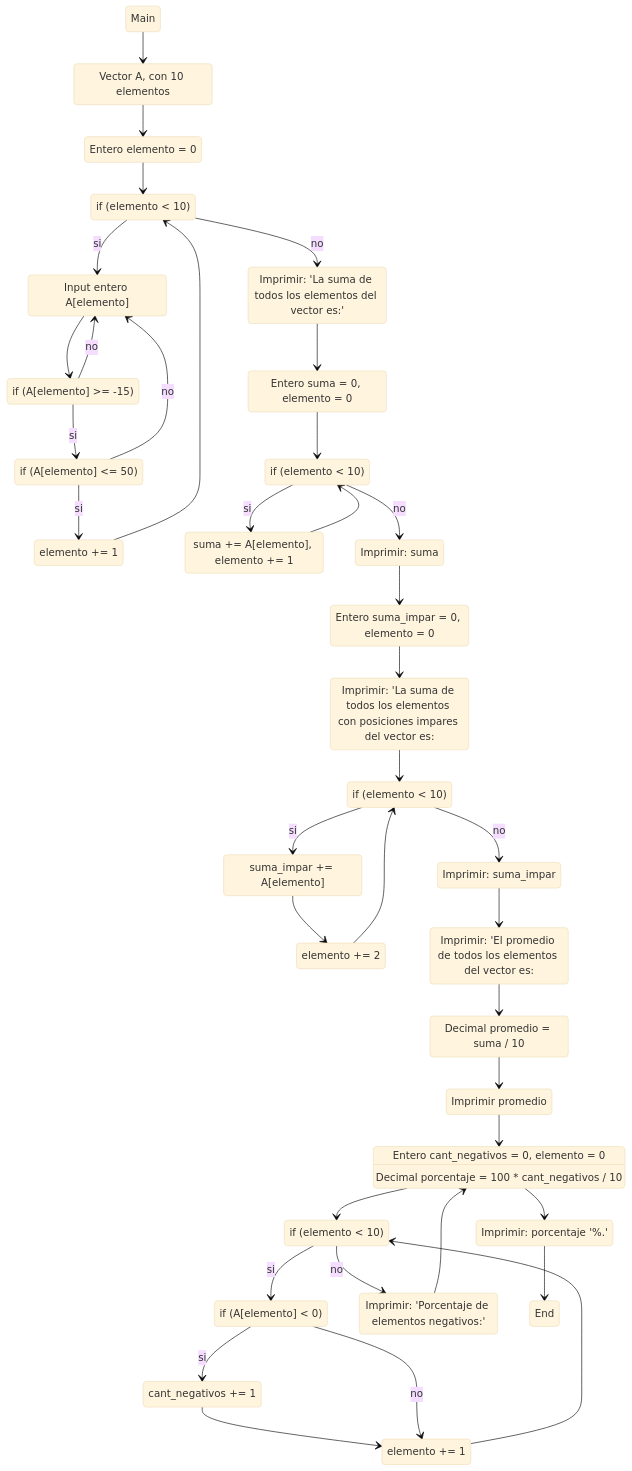
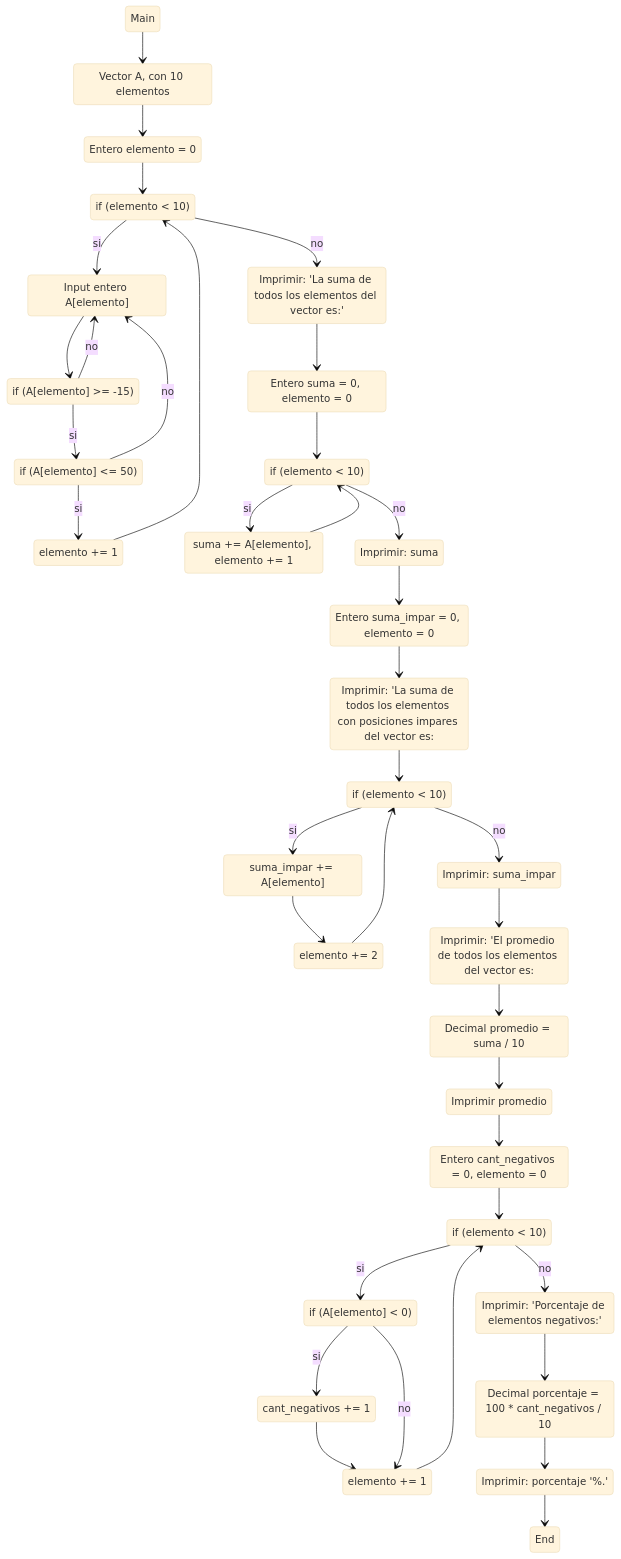
Before and after one commit to ValentinJM/TP-8: the diagram in Ejercicios TP8 bis/3.md, drawn with Mermaid (base theme).

Commit message:
Ejercicio 3 terminado

````diff
--- a/Ejercicios TP8 bis/3.md
+++ b/Ejercicios TP8 bis/3.md
@@ -9,75 +9,75 @@
 ```mermaid
 stateDiagram-v2
 state "Vector A, con 10 elementos" as DEC1
 state "Entero elemento = 0" as DEF1
 state "if (elemento < 10)" as COND1
 state "Input entero A[elemento]" as IN1
 state "if (A[elemento] >= -15)" as COND2
 state "if (A[elemento] <= 50)" as COND3
 state "elemento += 1" as RES1
 state "Imprimir: 'La suma de todos los elementos del vector es:'" as OUT1
 state "Entero suma = 0, elemento = 0" as RES2
 state "if (elemento < 10)" as COND4
 state "suma += A[elemento], elemento += 1" as RES3
 state "Imprimir: suma" as OUT2
 state "Imprimir: 'La suma de todos los elementos con posiciones impares del vector es:" as OUT3
 state "Entero suma_impar = 0, elemento = 0" as RES4
 state "if (elemento < 10)" as COND5
 state "suma_impar += A[elemento]" as RES5
 state "elemento += 2" as RES6
 state "Imprimir: suma_impar" as OUT4
 state "Imprimir: 'El promedio de todos los elementos del vector es:" as OUT5
 state "Decimal promedio = suma / 10" as DEF2
 state "Imprimir promedio" as OUT6
 state "Entero cant_negativos = 0, elemento = 0" as DEF3
 state "if (elemento < 10)" as COND6
 state "if (A[elemento] < 0)" as COND7
 state "cant_negativos += 1" as RES7
 state "elemento += 1" as RES8
 state "Imprimir: 'Porcentaje de elementos negativos:'" as OUT7
-state "Decimal porcentaje = 100 * cant_negativos / 10" as DEF3
+state "Decimal porcentaje = 100 * cant_negativos / 10" as DEF4
 state "Imprimir: porcentaje '%.'" as OUT8
 
 
     Main --> DEC1
     DEC1 --> DEF1
     DEF1 --> COND1
     
     COND1 --> IN1 : si
     IN1 --> COND2
     COND2 --> COND3 : si
     COND2 --> IN1 : no
     COND3 --> IN1 : no
     COND3 --> RES1 : si
     RES1 --> COND1
     COND1 --> OUT1 : no
     
     OUT1 --> RES2
     RES2 --> COND4
     COND4 --> RES3 : si
     RES3 --> COND4
     COND4 --> OUT2 : no
     
     OUT2 --> RES4
     RES4 --> OUT3
     OUT3 --> COND5
     COND5 --> RES5 : si
     RES5 --> RES6
     RES6 --> COND5
     COND5 --> OUT4 : no
     
     OUT4 --> OUT5
     OUT5 --> DEF2
     DEF2 --> OUT6
     OUT6 --> DEF3
     DEF3 --> COND6
     COND6 --> COND7 : si
     COND6 --> OUT7 : no
     COND7 --> RES7 : si
     RES7 --> RES8
     COND7 --> RES8 : no
     RES8 --> COND6
-    OUT7 --> DEF3
-    DEF3 --> OUT8
+    OUT7 --> DEF4
+    DEF4 --> OUT8
     OUT8 --> End
 ```
````
